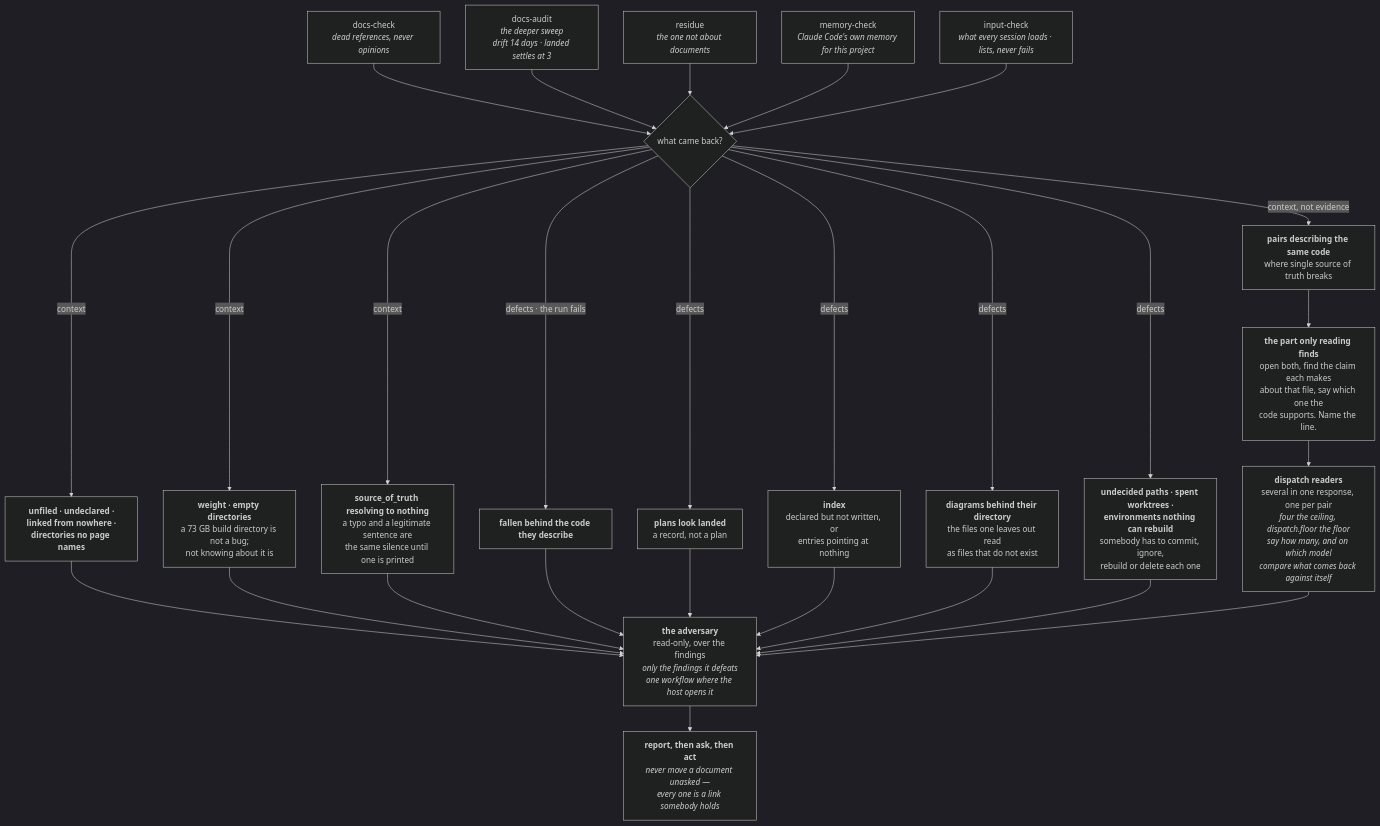
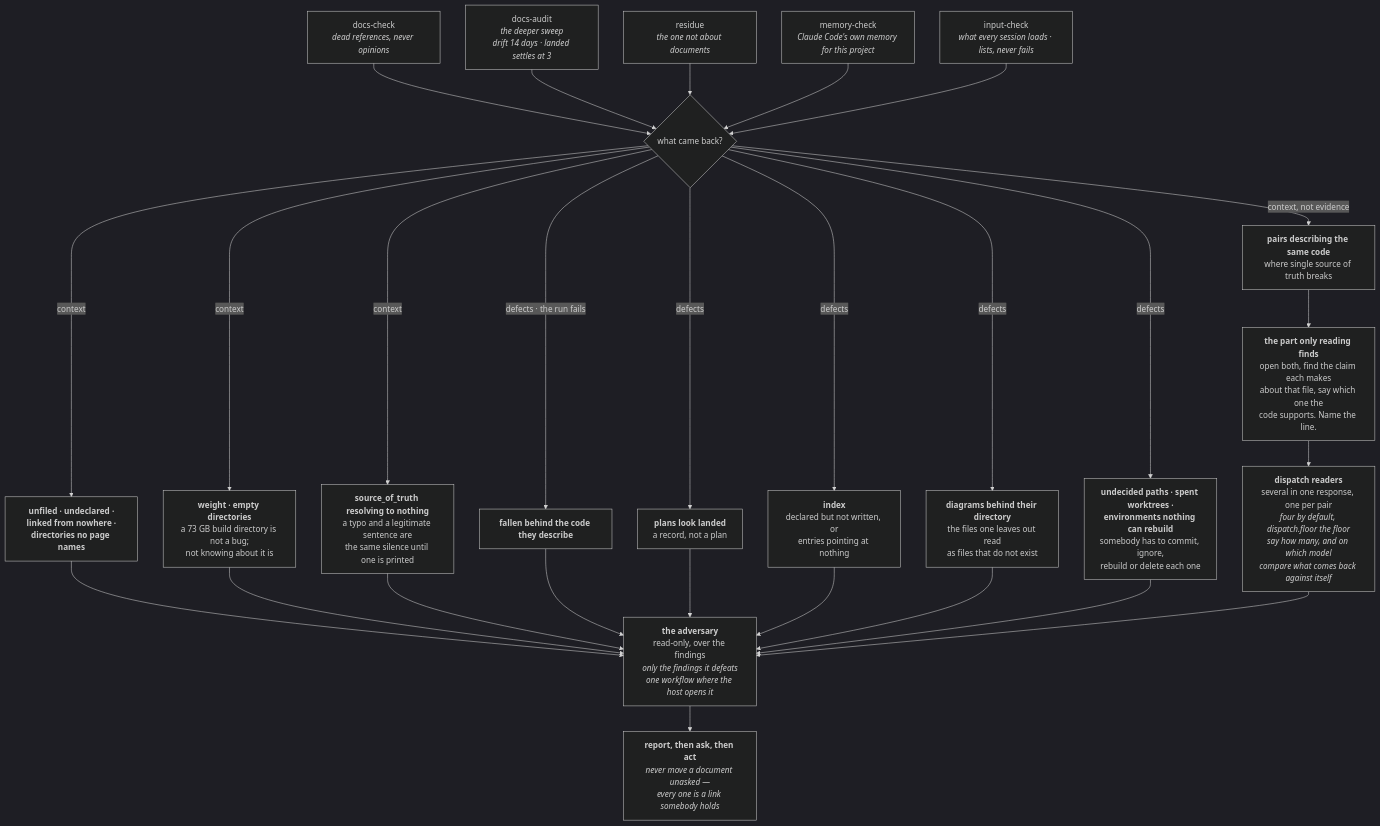
The seventh of 8 diagrams in docs/02-architecture/pipeline.md (FanFantom9452/FanKeel), drawn with Mermaid (dark theme) before and after one commit. The commit also changed other lines of this file and 4 other files, not shown here.

First line of the commit message:
docs: init and the pipeline diagrams call four dispatches the default

````diff
--- a/docs/02-architecture/pipeline.md
+++ b/docs/02-architecture/pipeline.md
@@ -696,49 +696,49 @@
 ```mermaid
 flowchart TD
     A["docs-check<br/><i>dead references, never opinions</i>"]
     B["docs-audit<br/><i>the deeper sweep<br/>drift 14 days · landed settles at 3</i>"]
     A2["residue<br/><i>the one not about documents</i>"]
     A3["memory-check<br/><i>Claude Code's own memory for this project</i>"]
     A4["input-check<br/><i>what every session loads · lists, never fails</i>"]
     C{"what came back?"}
     D1["<b>fallen behind the code they describe</b>"]
     D2["<b>plans look landed</b><br/>a record, not a plan"]
     D3["<b>index</b><br/>declared but not written, or<br/>entries pointing at nothing"]
     D4["<b>diagrams behind their directory</b><br/>the files one leaves out read<br/>as files that do not exist"]
     D5["<b>undecided paths · spent worktrees ·<br/>environments nothing can rebuild</b><br/>somebody has to commit, ignore,<br/>rebuild or delete each one"]
     E1["<b>pairs describing the same code</b><br/>where single source of truth breaks"]
     E2["<b>unfiled · undeclared ·<br/>linked from nowhere ·<br/>directories no page names</b>"]
     E3["<b>weight · empty directories</b><br/>a 73 GB build directory is not a bug;<br/>not knowing about it is"]
     E4["<b>source_of_truth resolving to nothing</b><br/>a typo and a legitimate sentence are<br/>the same silence until one is printed"]
     F["<b>the part only reading finds</b><br/>open both, find the claim each makes<br/>about that file, say which one the<br/>code supports. Name the line."]
-    F1["<b>dispatch readers</b><br/>several in one response, one per pair<br/><i>four the ceiling, dispatch.floor the floor</i><br/><i>say how many, and on which model</i><br/><i>compare what comes back against itself</i>"]
+    F1["<b>dispatch readers</b><br/>several in one response, one per pair<br/><i>four by default, dispatch.floor the floor</i><br/><i>say how many, and on which model</i><br/><i>compare what comes back against itself</i>"]
     F2["<b>the adversary</b><br/>read-only, over the findings<br/><i>only the findings it defeats</i><br/><i>one workflow where the host opens it</i>"]
     G["<b>report, then ask, then act</b><br/><i>never move a document unasked —<br/>every one is a link somebody holds</i>"]
 
     A --> C
     B --> C
     A2 --> C
     A3 --> C
     A4 --> C
     C -- "defects · the run fails" --> D1
     C -- "defects" --> D2
     C -- "defects" --> D3
     C -- "defects" --> D4
     C -- "defects" --> D5
     C -- "context, not evidence" --> E1
     C -- "context" --> E2
     C -- "context" --> E3
     C -- "context" --> E4
     E1 --> F
     E2 --> F2
     E3 --> F2
     E4 --> F2
     D1 --> F2
     D2 --> F2
     D3 --> F2
     D4 --> F2
     D5 --> F2
     F --> F1
     F1 --> F2
     F2 --> G
 ```
````
